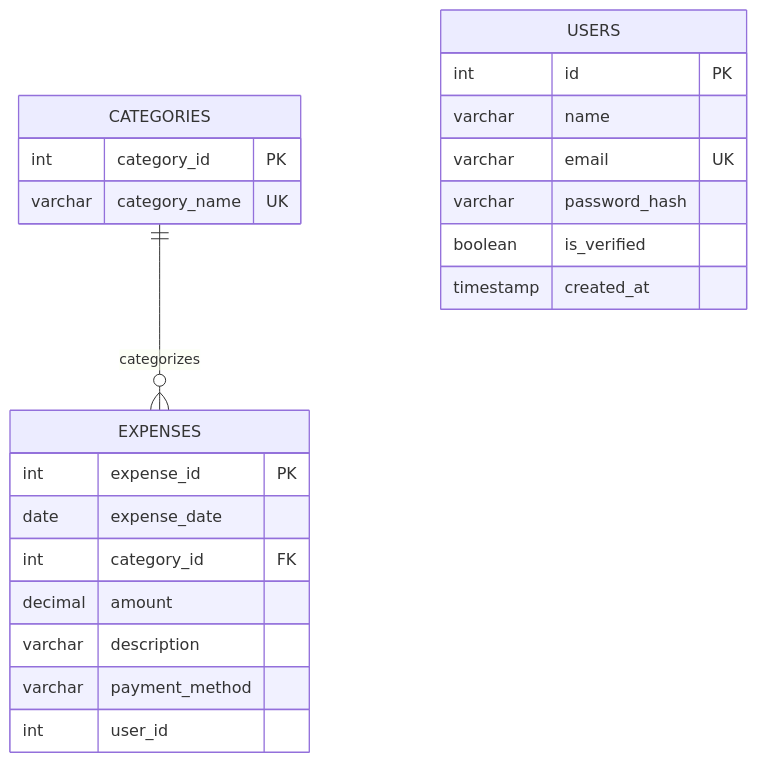
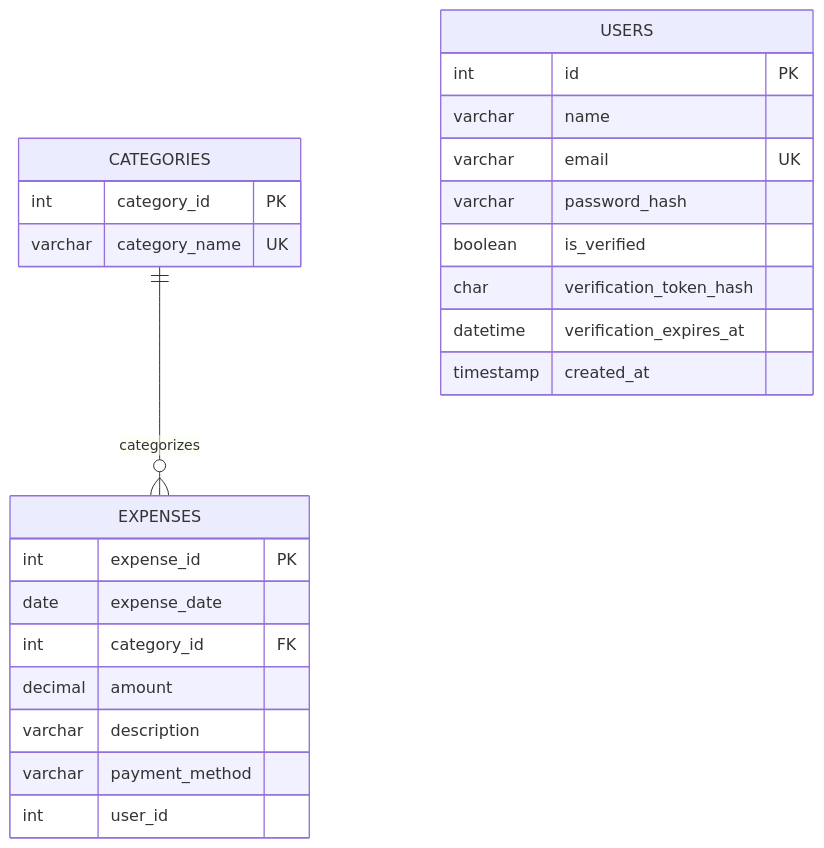
The diagram in ER_Diagram.md (Vesusree/personal-expense-tracker), drawn with Mermaid before and after one commit. The commit also changed other lines of this file and 7 other files, not shown here.

````diff
--- a/ER_Diagram.md
+++ b/ER_Diagram.md
@@ -37,28 +39,30 @@
 ```mermaid
 erDiagram
     CATEGORIES ||--o{ EXPENSES : categorizes
 
     USERS {
         int id PK
         varchar name
         varchar email UK
         varchar password_hash
         boolean is_verified
+        char verification_token_hash
+        datetime verification_expires_at
         timestamp created_at
     }
 
     CATEGORIES {
         int category_id PK
         varchar category_name UK
     }
 
     EXPENSES {
         int expense_id PK
         date expense_date
         int category_id FK
         decimal amount
         varchar description
         varchar payment_method
         int user_id
     }
 ```
````
